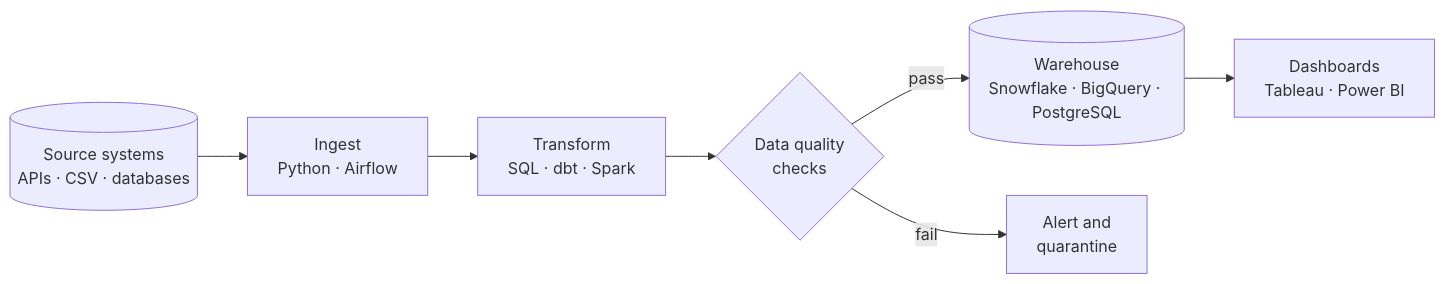
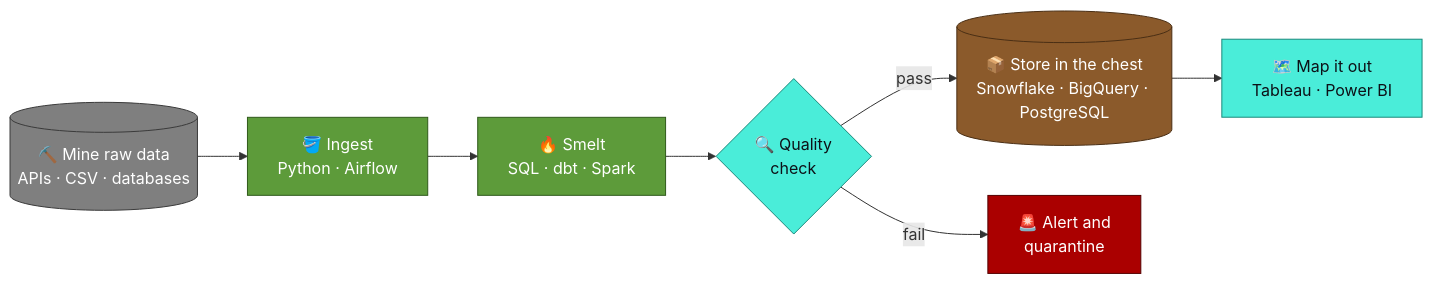
One commit to gaurav190901/gaurav190901 changed the first of 4 diagrams in README.md. Above: the diagram before and after it, drawn with Mermaid. The commit also changed other lines of this file and 1 other file, not shown here.

````diff
--- a/README.md
+++ b/README.md
@@ -42,9 +45,20 @@
 ```mermaid
 flowchart LR
-    A[(Source systems<br/>APIs · CSV · databases)] --> B[Ingest<br/>Python · Airflow]
-    B --> C[Transform<br/>SQL · dbt · Spark]
-    C --> D{Data quality<br/>checks}
-    D -- pass --> E[(Warehouse<br/>Snowflake · BigQuery · PostgreSQL)]
-    D -- fail --> F[Alert and<br/>quarantine]
-    E --> G[Dashboards<br/>Tableau · Power BI]
+    A[(⛏️ Mine raw data<br/>APIs · CSV · databases)] --> B[🪣 Ingest<br/>Python · Airflow]
+    B --> C[🔥 Smelt<br/>SQL · dbt · Spark]
+    C --> D{🔍 Quality<br/>check}
+    D -- pass --> E[(📦 Store in the chest<br/>Snowflake · BigQuery · PostgreSQL)]
+    D -- fail --> F[🚨 Alert and<br/>quarantine]
+    E --> G[🗺️ Map it out<br/>Tableau · Power BI]
+
+    classDef ore fill:#7f7f7f,stroke:#3b3b3b,color:#ffffff
+    classDef grass fill:#5d9b3a,stroke:#2f5a1a,color:#ffffff
+    classDef dirt fill:#8b5a2b,stroke:#4a2f15,color:#ffffff
+    classDef diamond fill:#4aedd9,stroke:#1a8a7c,color:#0d1117
+    classDef redstone fill:#aa0000,stroke:#550000,color:#ffffff
+    class A ore
+    class B,C grass
+    class D,G diamond
+    class E dirt
+    class F redstone
 ```
````
